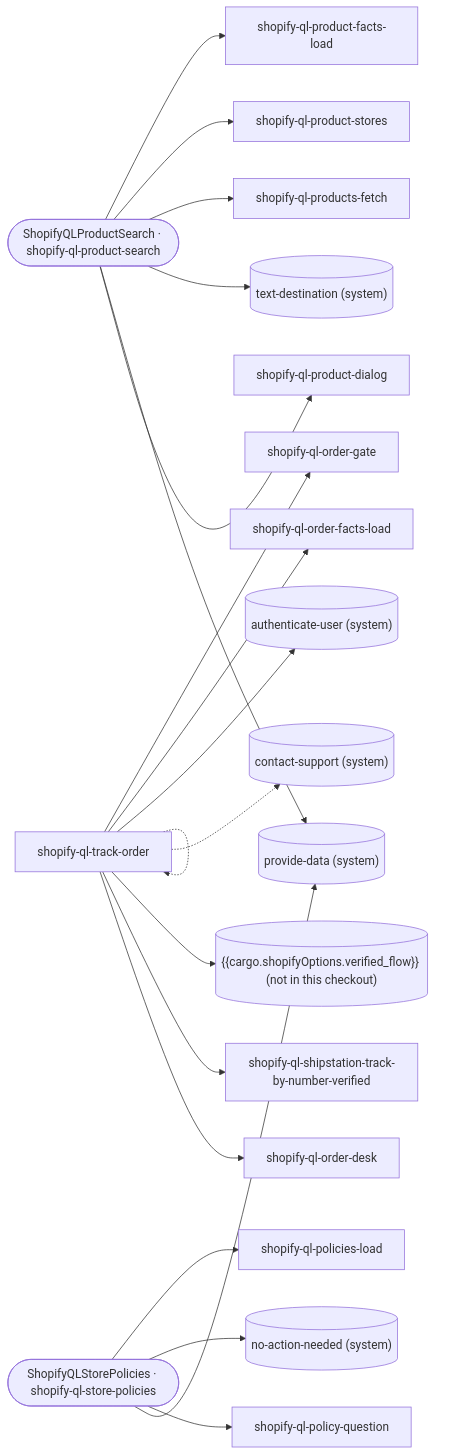
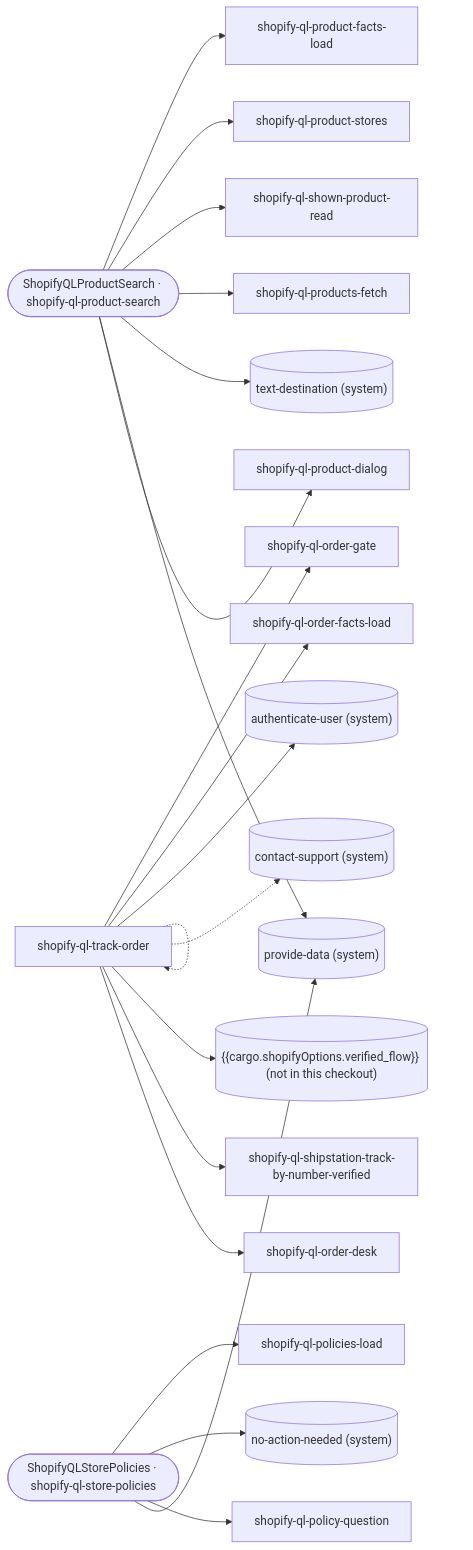
One commit to ronpinkas/jsfe changed the diagram in docs/flows/shopify/README.md. Above: the diagram before and after it, drawn with Mermaid. The commit also changed other lines of this file and 11 other files, not shown here.

````diff
--- a/docs/flows/shopify/README.md
+++ b/docs/flows/shopify/README.md
@@ -6,24 +6,25 @@
 ```mermaid
 flowchart LR
    shopify_ql_product_search(["ShopifyQLProductSearch · shopify-ql-product-search"])
    shopify_ql_product_search --> shopify_ql_product_facts_load["shopify-ql-product-facts-load"]
    shopify_ql_product_search --> shopify_ql_product_stores["shopify-ql-product-stores"]
+   shopify_ql_product_search --> shopify_ql_shown_product_read["shopify-ql-shown-product-read"]
    shopify_ql_product_search --> shopify_ql_products_fetch["shopify-ql-products-fetch"]
    shopify_ql_product_search --> x_text_destination[("text-destination (system)")]
    shopify_ql_product_search --> x_provide_data[("provide-data (system)")]
    shopify_ql_product_search --> shopify_ql_product_dialog["shopify-ql-product-dialog"]
    shopify_ql_track_order(["ShopifyQLTrackOrder · shopify-ql-track-order"])
    shopify_ql_track_order --> shopify_ql_order_gate["shopify-ql-order-gate"]
    shopify_ql_track_order --> shopify_ql_order_facts_load["shopify-ql-order-facts-load"]
    shopify_ql_track_order --> x_authenticate_user[("authenticate-user (system)")]
    shopify_ql_track_order -.-> shopify_ql_track_order["shopify-ql-track-order"]
    shopify_ql_track_order -.-> x_contact_support[("contact-support (system)")]
    shopify_ql_track_order --> x__cargo_shopifyOptions_verified_flow_[("#123;#123;cargo.shopifyOptions.verified_flow#125;#125; (not in this checkout)")]
    shopify_ql_track_order --> shopify_ql_shipstation_track_by_number_verified["shopify-ql-shipstation-track-by-number-verified"]
    shopify_ql_track_order --> shopify_ql_order_desk["shopify-ql-order-desk"]
    shopify_ql_store_policies(["ShopifyQLStorePolicies · shopify-ql-store-policies"])
    shopify_ql_store_policies --> shopify_ql_policies_load["shopify-ql-policies-load"]
    shopify_ql_store_policies --> x_no_action_needed[("no-action-needed (system)")]
    shopify_ql_store_policies --> shopify_ql_policy_question["shopify-ql-policy-question"]
    shopify_ql_store_policies --> x_provide_data[("provide-data (system)")]
 ```
````
